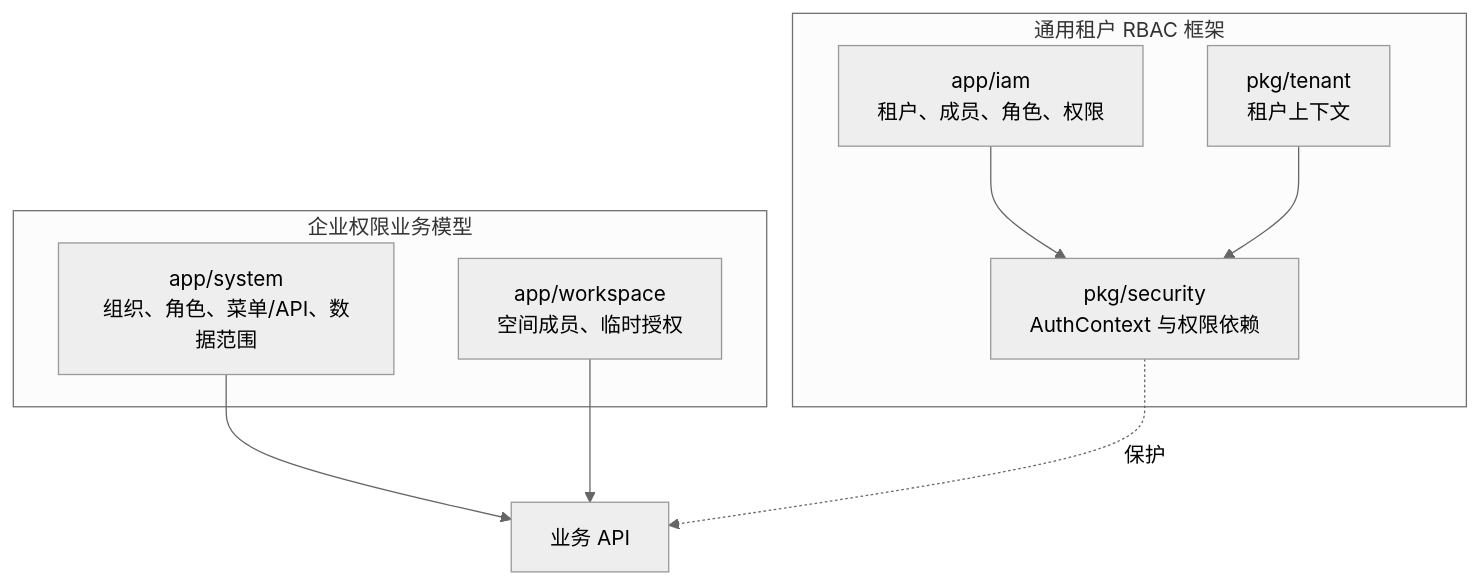
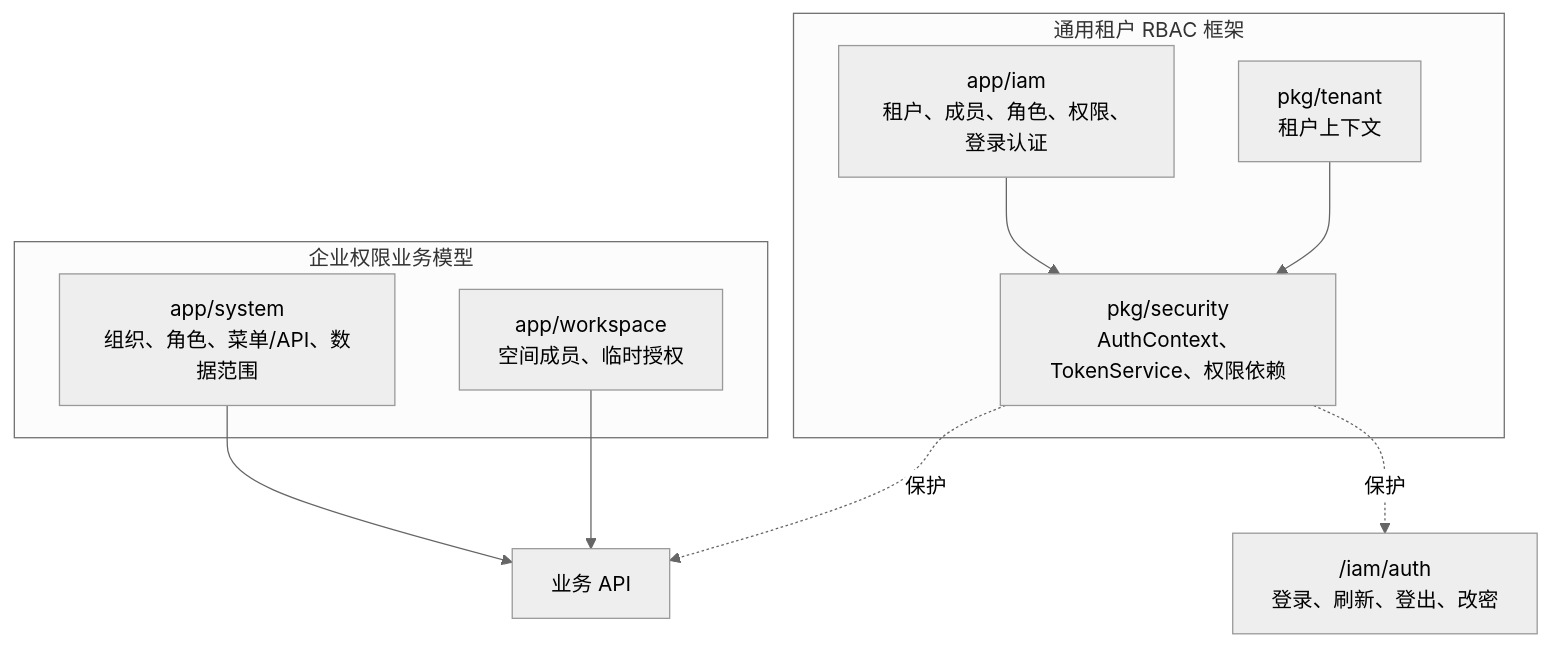
The ninth of 9 diagrams in docs/ARCHITECTURE.md (PZh101/PythonBase), drawn with Mermaid (neutral theme) before and after one commit. The commit also changed other lines of this file and 5 other files, not shown here.

Commit message:
docs: 补全 /iam/auth、JWT/密码登录与配置模型文档

````diff
--- a/docs/ARCHITECTURE.md
+++ b/docs/ARCHITECTURE.md
@@ -507,21 +563,23 @@
 ```mermaid
 flowchart TB
     subgraph FrameworkRBAC["通用租户 RBAC 框架"]
-        IAM["app/iam<br/>租户、成员、角色、权限"]
-        Security["pkg/security<br/>AuthContext 与权限依赖"]
+        IAM["app/iam<br/>租户、成员、角色、权限、登录认证"]
+        Security["pkg/security<br/>AuthContext、TokenService、权限依赖"]
         Tenant["pkg/tenant<br/>租户上下文"]
     end
 
     subgraph BusinessPermission["企业权限业务模型"]
         System["app/system<br/>组织、角色、菜单/API、数据范围"]
         Workspace["app/workspace<br/>空间成员、临时授权"]
     end
 
     API["业务 API"]
+    AuthAPI["/iam/auth<br/>登录、刷新、登出、改密"]
 
     IAM --> Security
     Tenant --> Security
     System --> API
     Workspace --> API
     Security -. 保护 .-> API
+    Security -. 保护 .-> AuthAPI
 ```
````
